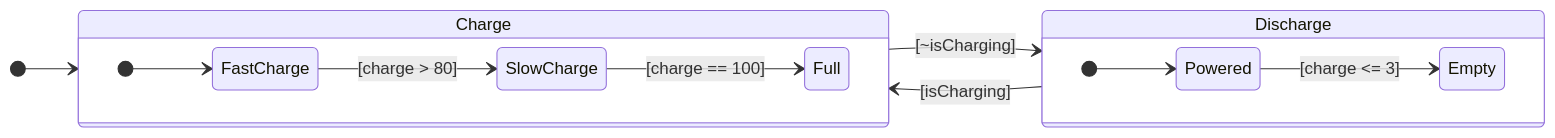
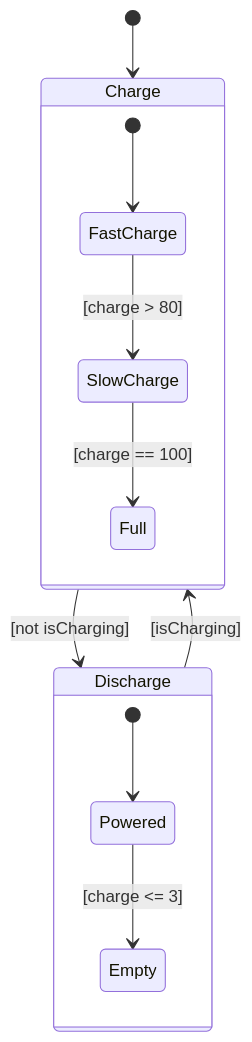
One commit to genie4youu/genie4youu.github.io changed the first of 3 diagrams in _posts/2026-07-14-04-hierarchy.md. Above: the diagram before and after it, drawn with Mermaid. The commit also changed other lines of this file and 13 other files, not shown here.

First line of the commit message:
﻿전면 손질: 제목 변경, AI 티 나는 표현 제거, 다이어그램 재작성

````diff
--- a/_posts/2026-07-14-04-hierarchy.md
+++ b/_posts/2026-07-14-04-hierarchy.md
@@ -29,21 +20,15 @@
 ```mermaid
 stateDiagram-v2
-    direction LR
     [*] --> Charge
-
     state Charge {
-        direction LR
         [*] --> FastCharge
         FastCharge --> SlowCharge : [charge > 80]
         SlowCharge --> Full : [charge == 100]
     }
-
     state Discharge {
-        direction LR
         [*] --> Powered
         Powered --> Empty : [charge <= 3]
     }
-
-    Charge --> Discharge : [~isCharging]
+    Charge --> Discharge : [not isCharging]
     Discharge --> Charge : [isCharging]
 ```
````
